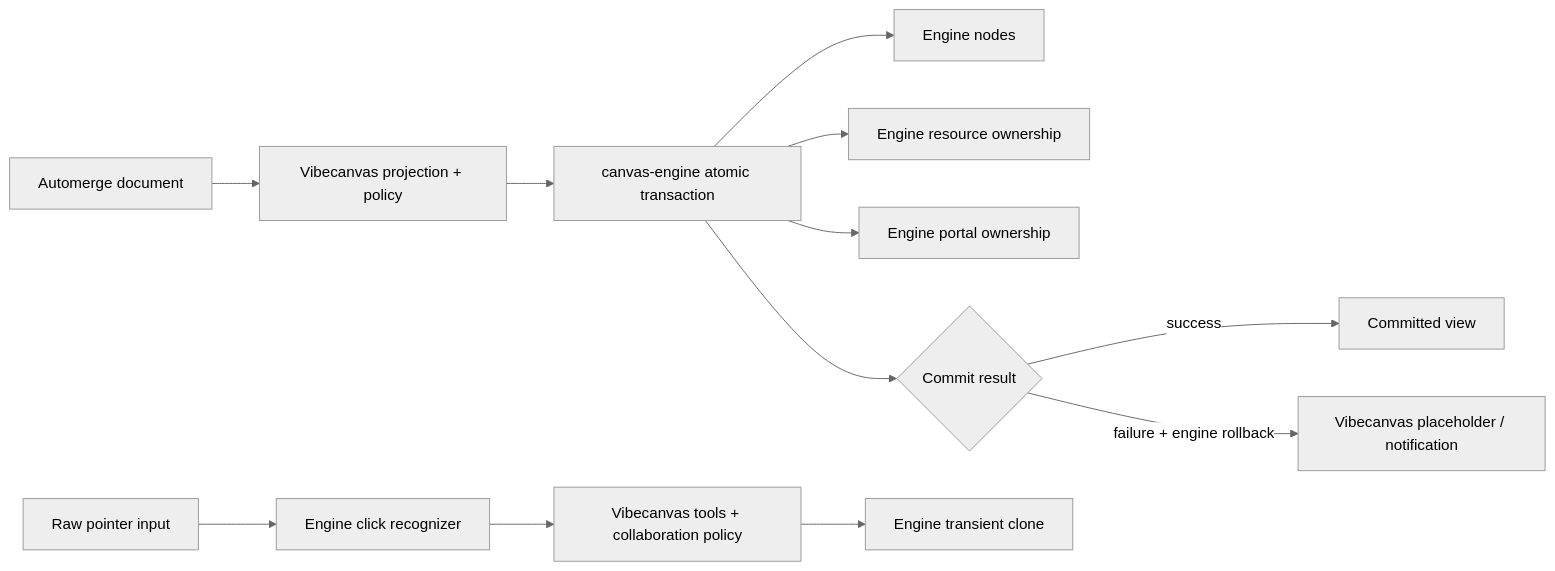
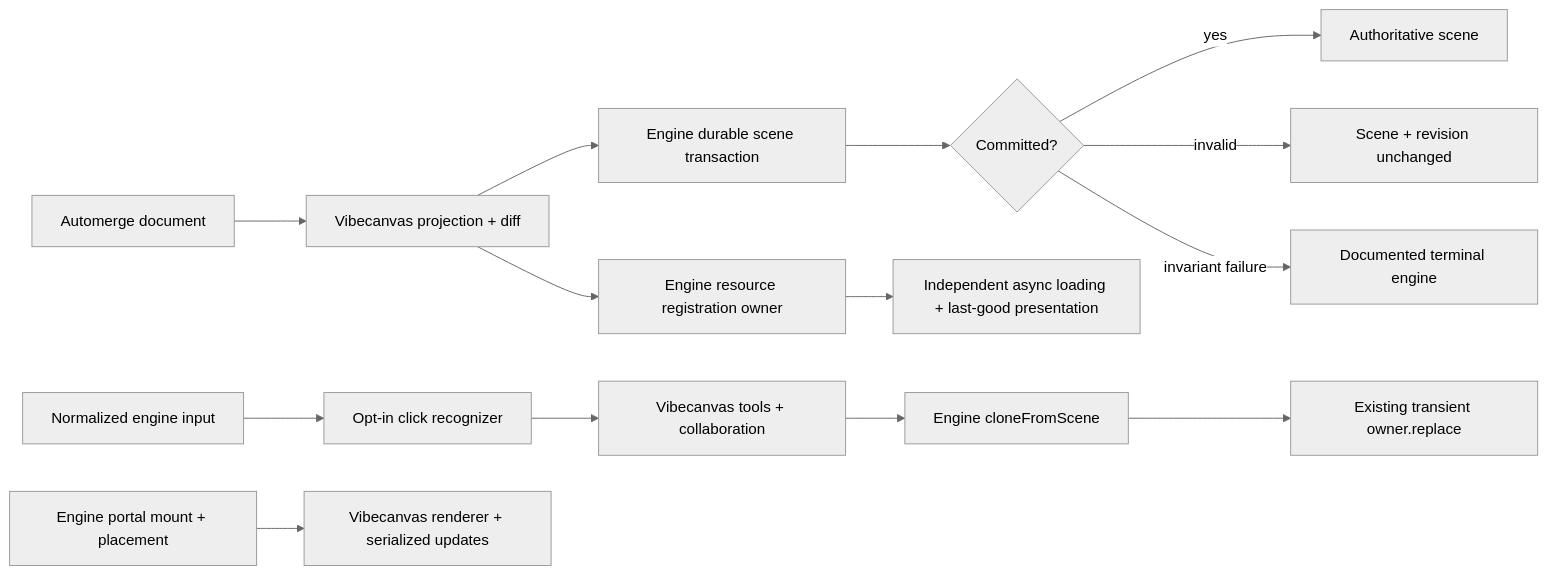
One commit to omnidraw/omnidraw changed the diagram in tasks/s/S112.md. Above: the diagram before and after it, drawn with Mermaid (neutral theme). The commit also changed other lines of this file and 4 other files, not shown here.

````diff
--- a/tasks/s/S112.md
+++ b/tasks/s/S112.md
@@ -57,14 +71,16 @@
 ```mermaid
 flowchart LR
-  Doc["Automerge document"] --> Project["Vibecanvas projection + policy"]
-  Project --> Tx["canvas-engine atomic transaction"]
-  Tx --> Nodes["Engine nodes"]
-  Tx --> Resources["Engine resource ownership"]
-  Tx --> Portals["Engine portal ownership"]
-  Policy["Vibecanvas tools + collaboration policy"] --> Clone["Engine transient clone"]
-  Input["Raw pointer input"] --> Click["Engine click recognizer"]
+  Doc["Automerge document"] --> Projection["Vibecanvas projection + diff"]
+  Projection --> SceneTx["Engine durable scene transaction"]
+  Projection --> Registrations["Engine resource registration owner"]
+  SceneTx --> Commit{"Committed?"}
+  Commit -->|yes| View["Authoritative scene"]
+  Commit -->|invalid| Unchanged["Scene + revision unchanged"]
+  Commit -->|invariant failure| Terminal["Documented terminal engine"]
+  Registrations --> Async["Independent async loading + last-good presentation"]
+  Policy["Vibecanvas tools + collaboration"] --> Clone["Engine cloneFromScene"]
+  Clone --> TransientOwner["Existing transient owner.replace"]
+  Input["Normalized engine input"] --> Click["Opt-in click recognizer"]
   Click --> Policy
-  Tx --> Result{"Commit result"}
-  Result -->|"success"| View["Committed view"]
-  Result -->|"failure + engine rollback"| ProductFailure["Vibecanvas placeholder / notification"]
+  Portal["Engine portal mount + placement"] --> Content["Vibecanvas renderer + serialized updates"]
 ```
````
